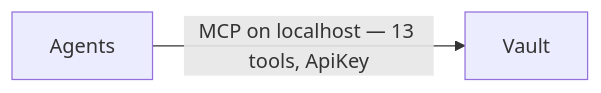
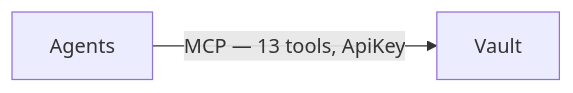
One commit to dgraziosi/foundation changed the ninth of 10 diagrams in docs/ARCHITECTURE.md. Above: the diagram before and after it, drawn with Mermaid. The commit also changed other lines of this file and 61 other files, not shown here.

````diff
--- a/docs/ARCHITECTURE.md
+++ b/docs/ARCHITECTURE.md
@@ -222,4 +222,4 @@
 ```mermaid
 flowchart LR
-  agents["Agents"] -->|"MCP on localhost — 13 tools, ApiKey"| vault["Vault"]
+  agents["Agents"] -->|"MCP — 13 tools, ApiKey"| vault["Vault"]
 ```
````
